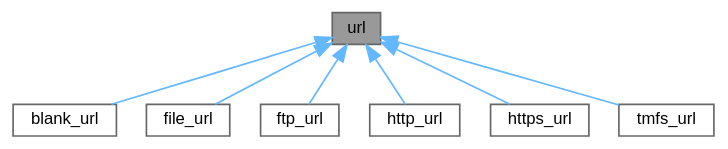
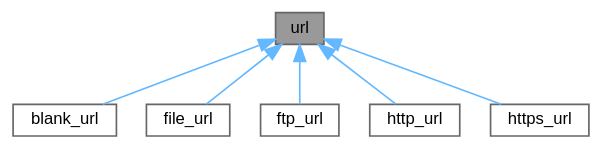
The diagram in classurl__inherit__graph.dot (XmacsLabs/lolly), drawn with Graphviz before and after one commit. The commit also changed 120 other files, not shown here.

```diff
--- a/classurl__inherit__graph.dot
+++ b/classurl__inherit__graph.dot
@@ -1,20 +1,18 @@
 digraph "url"
 {
  // LATEX_PDF_SIZE
   bgcolor="transparent";
   edge [fontname=Helvetica,fontsize=10,labelfontname=Helvetica,labelfontsize=10];
   node [fontname=Helvetica,fontsize=10,shape=box,height=0.2,width=0.4];
   Node1 [label="url",height=0.2,width=0.4,color="gray40", fillcolor="grey60", style="filled", fontcolor="black",tooltip=" "];
   Node1 -> Node2 [dir="back",color="steelblue1",style="solid"];
   Node2 [label="blank_url",height=0.2,width=0.4,color="gray40", fillcolor="white", style="filled",URL="$classblank__url.html",tooltip=" "];
   Node1 -> Node3 [dir="back",color="steelblue1",style="solid"];
   Node3 [label="file_url",height=0.2,width=0.4,color="gray40", fillcolor="white", style="filled",URL="$classfile__url.html",tooltip=" "];
   Node1 -> Node4 [dir="back",color="steelblue1",style="solid"];
   Node4 [label="ftp_url",height=0.2,width=0.4,color="gray40", fillcolor="white", style="filled",URL="$classftp__url.html",tooltip=" "];
   Node1 -> Node5 [dir="back",color="steelblue1",style="solid"];
   Node5 [label="http_url",height=0.2,width=0.4,color="gray40", fillcolor="white", style="filled",URL="$classhttp__url.html",tooltip=" "];
   Node1 -> Node6 [dir="back",color="steelblue1",style="solid"];
   Node6 [label="https_url",height=0.2,width=0.4,color="gray40", fillcolor="white", style="filled",URL="$classhttps__url.html",tooltip=" "];
-  Node1 -> Node7 [dir="back",color="steelblue1",style="solid"];
-  Node7 [label="tmfs_url",height=0.2,width=0.4,color="gray40", fillcolor="white", style="filled",URL="$classtmfs__url.html",tooltip=" "];
 }
```
